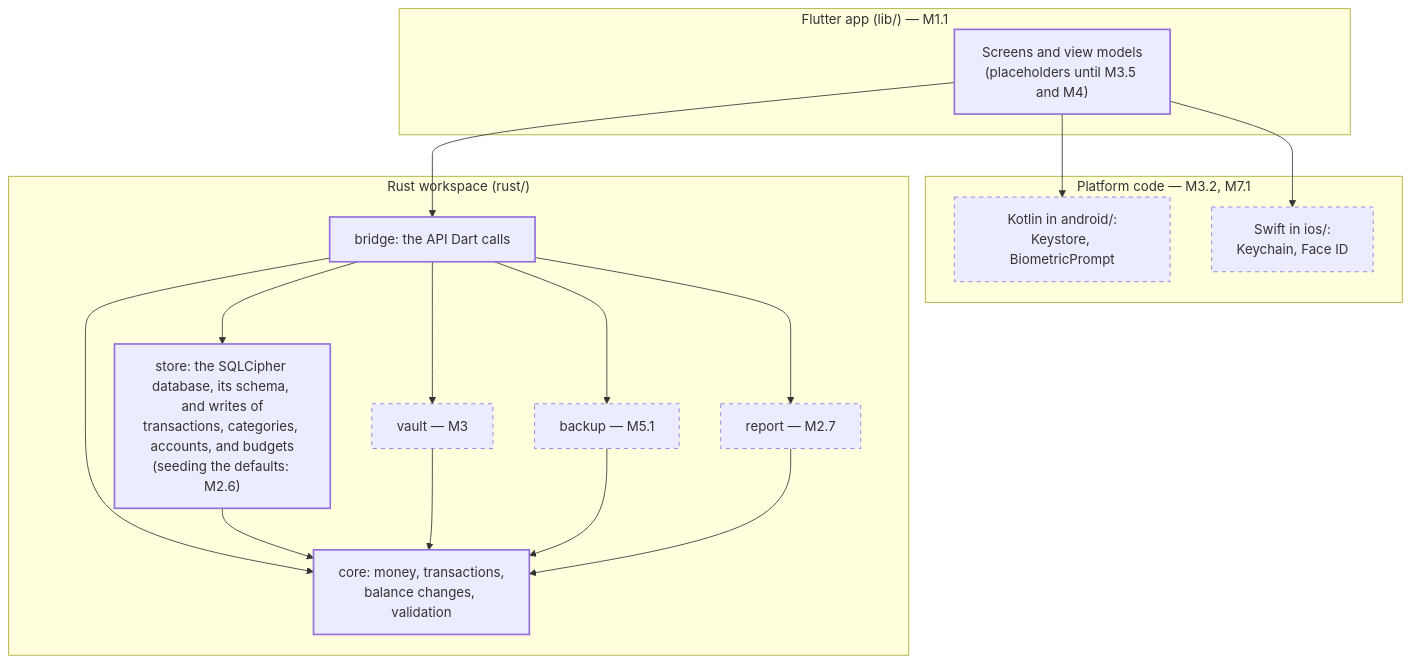
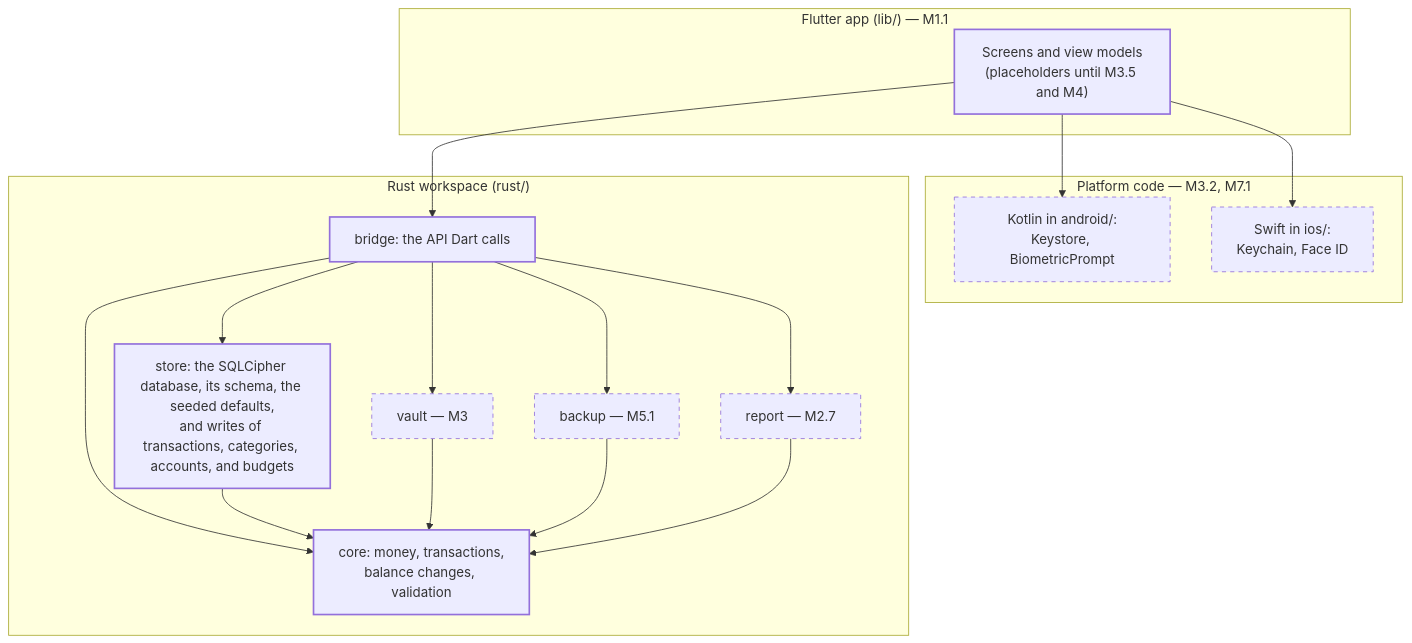
One commit to jabbott-iii/DenariiDolor changed the diagram in docs/01-architecture.md. Above: the diagram before and after it, drawn with Mermaid. The commit also changed other lines of this file and 9 other files, not shown here.

````diff
--- a/docs/01-architecture.md
+++ b/docs/01-architecture.md
@@ -30,35 +30,35 @@
 ```mermaid
 flowchart TB
     subgraph Dart["Flutter app (lib/) — M1.1"]
         UI["Screens and view models<br/>(placeholders until M3.5 and M4)"]
     end
     subgraph Native["Platform code — M3.2, M7.1"]
         KT["Kotlin in android/:<br/>Keystore, BiometricPrompt"]
         SW["Swift in ios/:<br/>Keychain, Face ID"]
     end
     subgraph Rust["Rust workspace (rust/)"]
         BR["bridge: the API Dart calls"]
-        ST["store: the SQLCipher database, its schema, and writes of<br/>transactions, categories, accounts, and budgets<br/>(seeding the defaults: M2.6)"]
+        ST["store: the SQLCipher database, its schema, the seeded defaults,<br/>and writes of transactions, categories, accounts, and budgets"]
         VA["vault — M3"]
         BK["backup — M5.1"]
         RP["report — M2.7"]
         CO["core: money, transactions,<br/>balance changes, validation"]
     end
     UI --> BR
     UI --> KT
     UI --> SW
     BR --> ST
     BR --> VA
     BR --> BK
     BR --> RP
     BR --> CO
     ST --> CO
     VA --> CO
     BK --> CO
     RP --> CO
 
     classDef built stroke-width:2px
     classDef planned stroke-dasharray: 5 5
     class CO,UI,BR,ST built
     class KT,SW,VA,BK,RP planned
 ```
````
